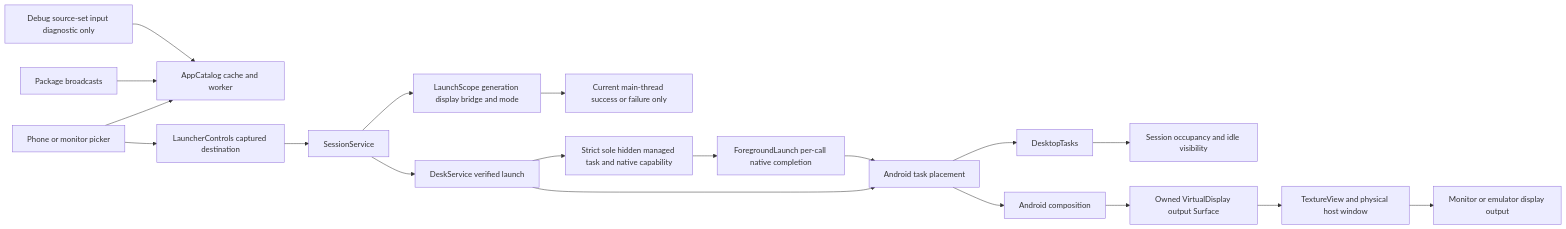
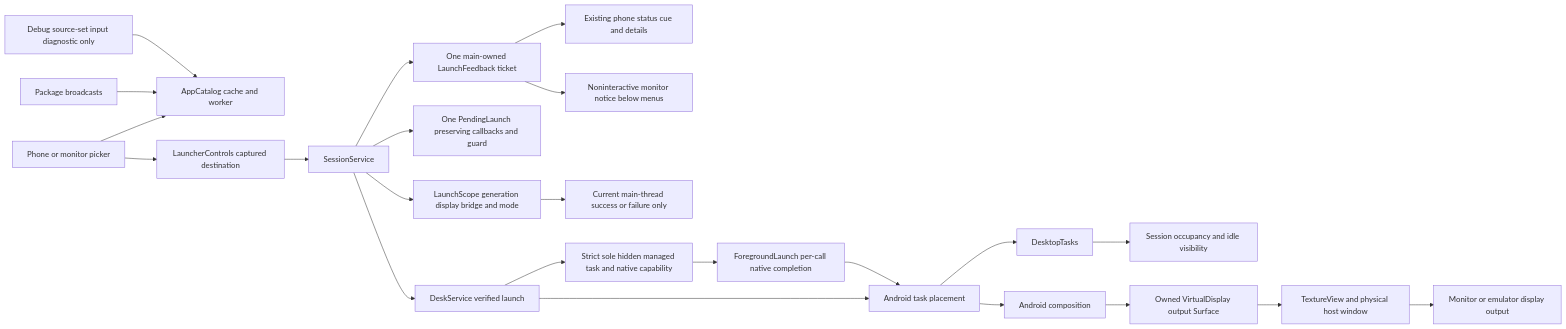
One commit to PhiLong-Ho/DexDroid changed the first of 2 diagrams in docs/architecture/features/app-launcher.md. Above: the diagram before and after it, drawn with Mermaid. The commit also changed other lines of this file and 67 other files, not shown here.

Commit message:
Add device capabilities and guarded launch feedback for 0.17.0

````diff
--- a/docs/architecture/features/app-launcher.md
+++ b/docs/architecture/features/app-launcher.md
@@ -20,21 +20,25 @@
 ```mermaid
 flowchart LR
     UI[Phone or monitor picker] --> Catalog[AppCatalog cache and worker]
     Packages[Package broadcasts] --> Catalog
     Debug[Debug source-set input diagnostic only] --> Catalog
     UI --> Choice[LauncherControls captured destination]
     Choice --> Session[SessionService]
+    Session --> Notice[One main-owned LaunchFeedback ticket]
+    Session --> Pending[One PendingLaunch preserving callbacks and guard]
+    Notice --> PhoneCue[Existing phone status cue and details]
+    Notice --> MonitorCue[Noninteractive monitor notice below menus]
     Session --> Scope[LaunchScope generation display bridge and mode]
     Scope --> Delivery[Current main-thread success or failure only]
     Session --> Shell[DeskService verified launch]
     Shell --> Tasks[Android task placement]
     Shell --> Eligibility[Strict sole hidden managed task and native capability]
     Eligibility --> Completion[ForegroundLaunch per-call native completion]
     Completion --> Tasks
     Tasks --> Observer[DesktopTasks]
     Observer --> Idle[Session occupancy and idle visibility]
     Tasks --> Native[Android composition]
     Native --> Buffer[Owned VirtualDisplay output Surface]
     Buffer --> Host[TextureView and physical host window]
     Host --> Output[Monitor or emulator display output]
 ```
````
